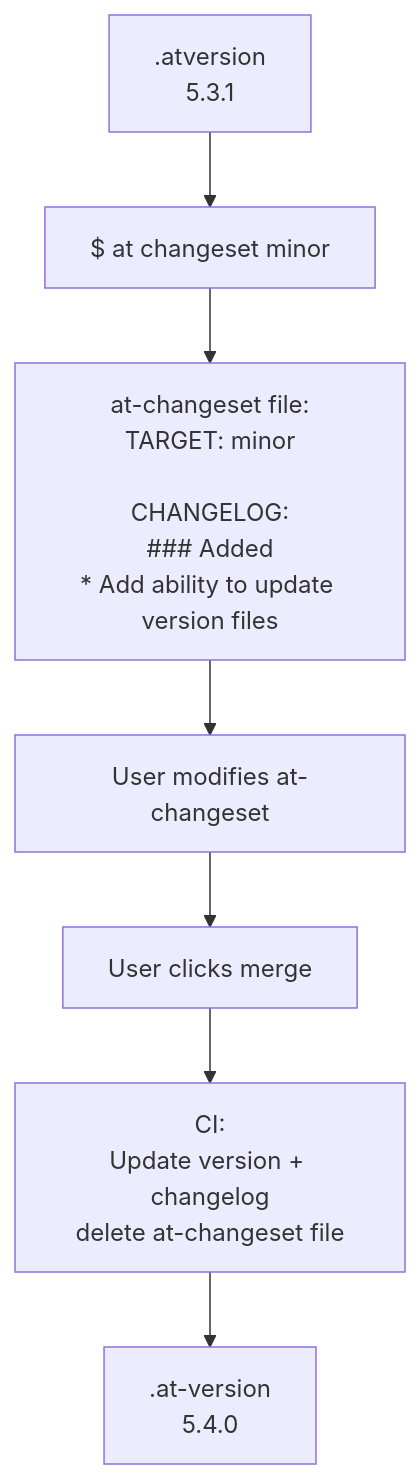
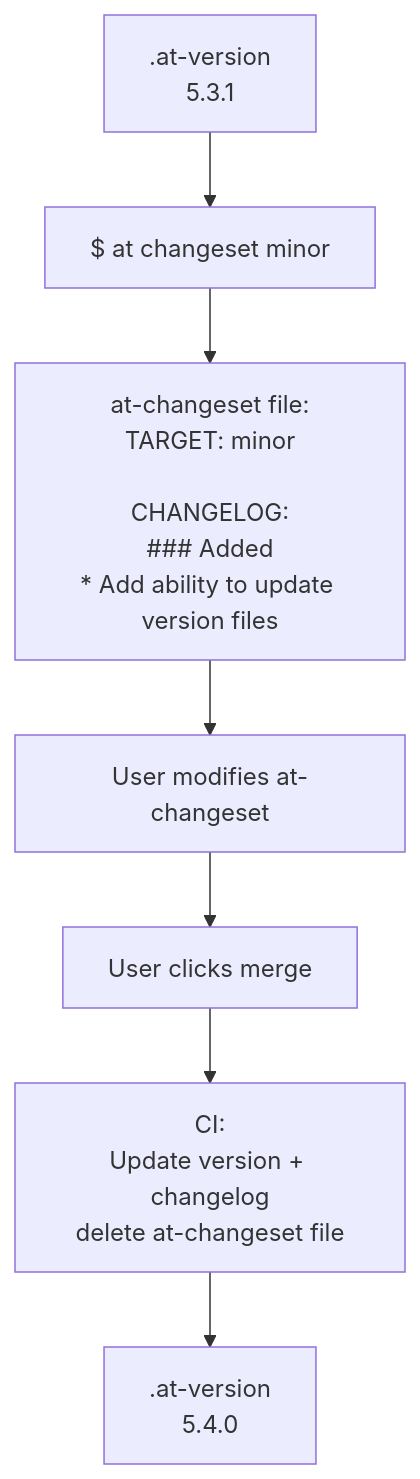
One commit to gregerspoulsen/artisan_tools changed the diagram in doc/workflow.mermaid. Above: the diagram before and after it, drawn with Mermaid.

```diff
--- a/doc/workflow.mermaid
+++ b/doc/workflow.mermaid
@@ -1,15 +1,15 @@
 graph TD
-    A[.atversion<br>5.3.1]
+    A[.at-version<br>5.3.1]
     B["$ at changeset minor <br>"]
     D["at-changeset file:<br>TARGET: minor<br><br>CHANGELOG:<br>### Added<br>* Add ability to update version files"]
     E[User modifies at-changeset]
     F[User clicks merge]
     G[CI:<br>Update version + changelog<br>delete at-changeset file]
     H[.at-version<br>5.4.0]
 
     A --> B
     B --> D
     D --> E
     E --> F
     F --> G
     G --> H
```
